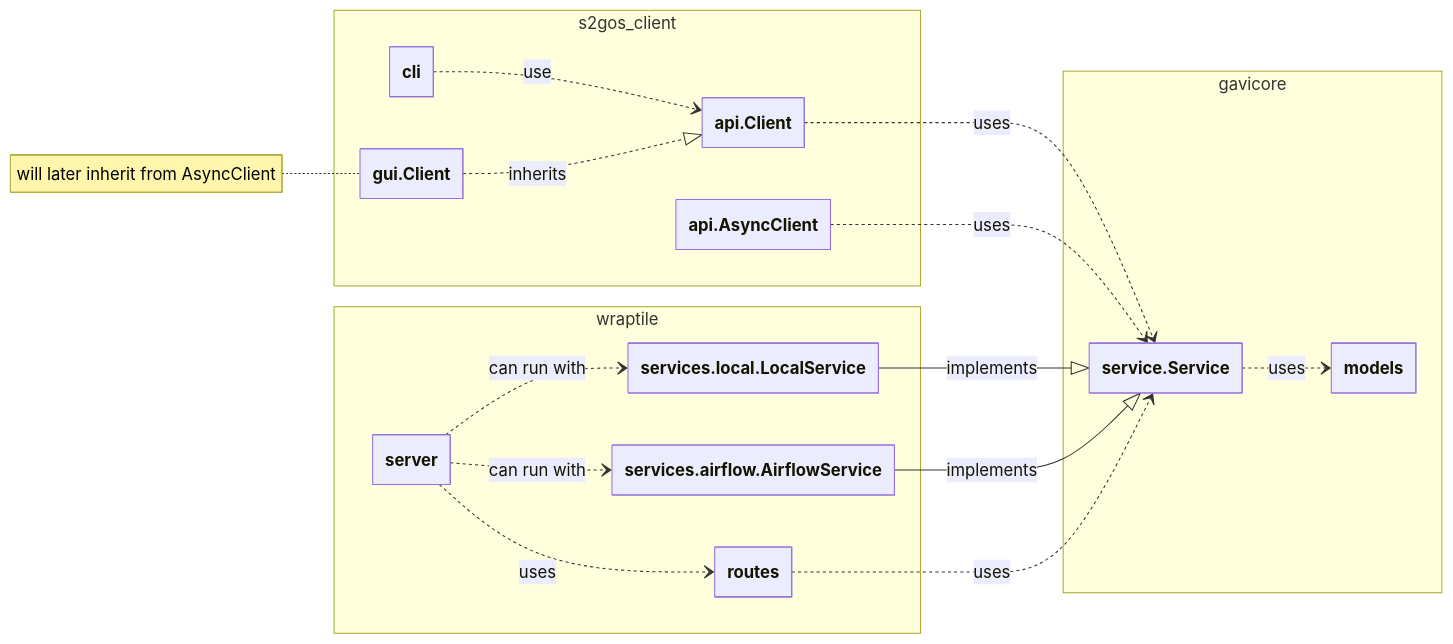
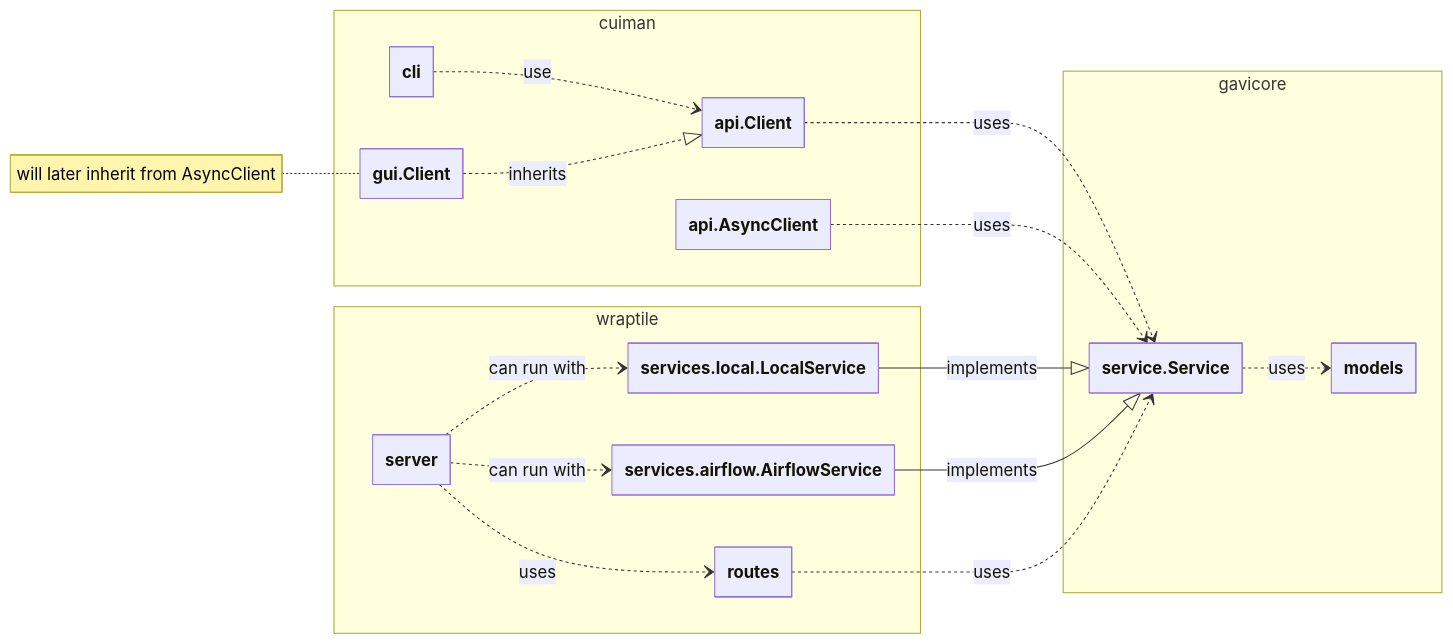
One commit to eo-tools/eozilla changed the first of 6 diagrams in docs/architecture.md. Above: the diagram before and after it, drawn with Mermaid. The commit also changed other lines of this file and 66 other files, not shown here.

Commit message:
renamed `s2gos_client` into `cuiman`

````diff
--- a/docs/architecture.md
+++ b/docs/architecture.md
@@ -8,40 +8,40 @@
 ```mermaid
 ---
 config:
     class:
         hideEmptyMembersBox: true
     theme: default
 ---
 classDiagram
 direction LR
-    namespace s2gos_client {
+    namespace cuiman {
         class api.AsyncClient
         class api.Client
         class gui.Client
         class cli
     }
     namespace gavicore {
         class models
         class service.Service
     }
     namespace wraptile {
         class server
         class routes
         class services.local.LocalService
         class services.airflow.AirflowService
     }
 
     cli ..> api.Client : use
     gui.Client ..|> api.Client : inherits
     api.Client ..> service.Service : uses
     api.AsyncClient ..> service.Service : uses
     service.Service ..> models : uses
     services.local.LocalService --|> service.Service : implements
     services.airflow.AirflowService --|> service.Service : implements
     routes ..> service.Service : uses
     server ..> routes : uses
     server ..> services.local.LocalService : can run with
     server ..> services.airflow.AirflowService : can run with
     
     note for gui.Client "will later inherit from AsyncClient"
 ```
````
